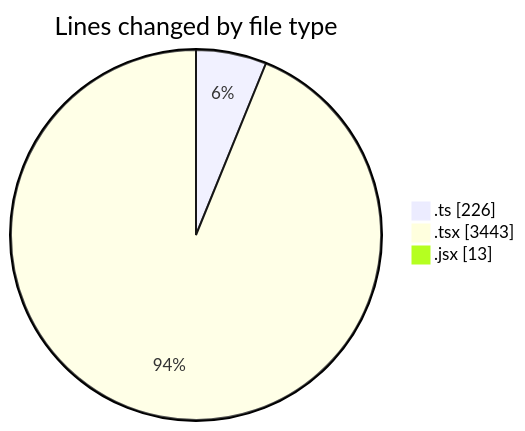
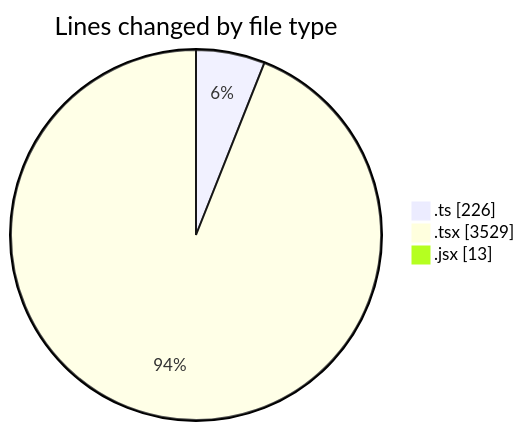
One commit to momahboobian/code-tracking changed the first of 2 diagrams in 2025-12-02/cda/README.md. Above: the diagram before and after it, drawn with Mermaid. The commit also changed other lines of this file and 1 other file, not shown here.

````diff
--- a/2025-12-02/cda/README.md
+++ b/2025-12-02/cda/README.md
@@ -30,7 +30,7 @@
 ```mermaid
 pie showData
 title Lines changed by file type
 ".ts" : 226
-".tsx" : 3443
+".tsx" : 3529
 ".jsx" : 13
 ```
````
